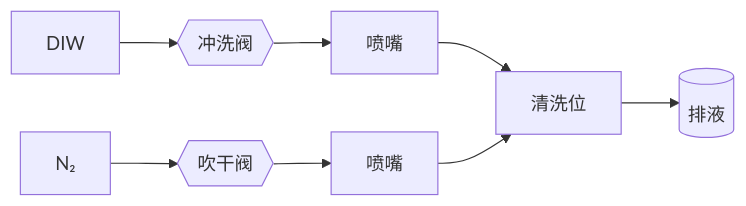
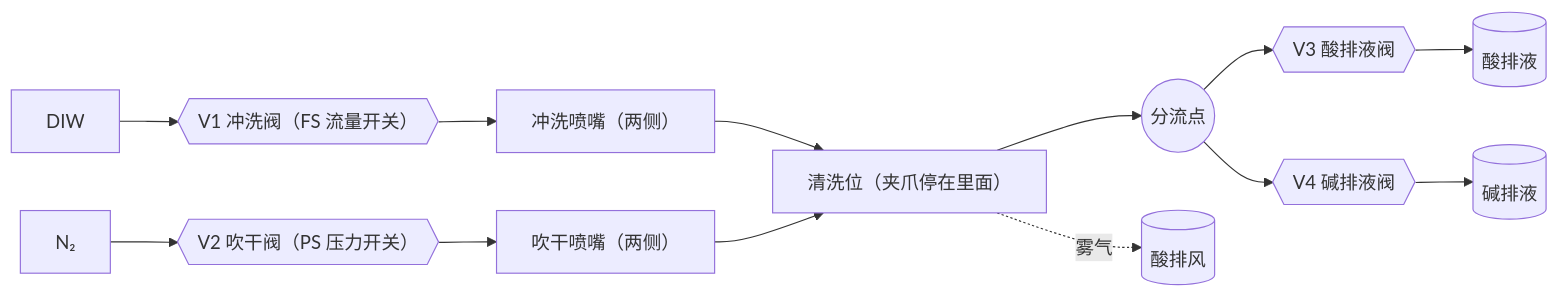
Before and after one commit to GuangxianZhu/SEMI-WetBatchCleaner: the fourth of 4 diagrams in docs/管路.md, drawn with Mermaid. The commit also changed other lines of this file and 25 other files, not shown here.

````diff
--- a/docs/管路.md
+++ b/docs/管路.md
@@ -259,6 +263,9 @@
 ```mermaid
 flowchart LR
-  DIW["DIW"] --> VW{{"冲洗阀"}} --> NZ["喷嘴"] --> BOX["清洗位"]
-  N2["N₂"] --> VN{{"吹干阀"}} --> NZ2["喷嘴"] --> BOX
-  BOX --> DRN[("排液")]
+  DIW["DIW"] --> V1{{"V1 冲洗阀（FS 流量开关）"}} --> NW["冲洗喷嘴（两侧）"] --> BOX["清洗位（夹爪停在里面）"]
+  N2["N₂"] --> V2{{"V2 吹干阀（PS 压力开关）"}} --> NN["吹干喷嘴（两侧）"] --> BOX
+  BOX --> JD(("分流点"))
+  JD --> V3{{"V3 酸排液阀"}} --> ACID[("酸排液")]
+  JD --> V4{{"V4 碱排液阀"}} --> ALK[("碱排液")]
+  BOX -. "雾气" .-> EX[("酸排风")]
 ```
````
